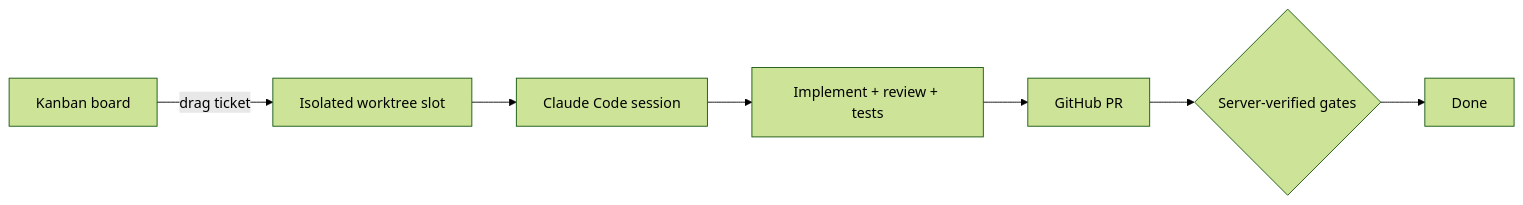
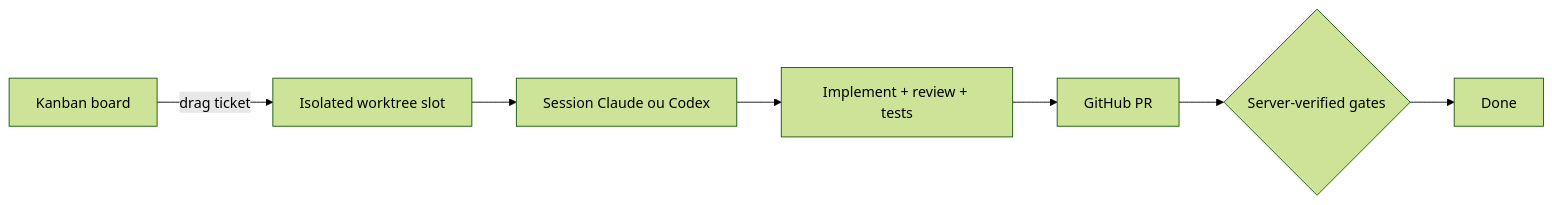
One commit to Antune-L/atelier changed the diagram in README.md. Above: the diagram before and after it, drawn with Mermaid (forest theme). The commit also changed other lines of this file and 114 other files, not shown here.

First line of the commit message:
chore(deps): mise à jour du Codex SDK (0.153.4) et de l'agent SDK Claude pour que toute l'app fonctionne

````diff
--- a/README.md
+++ b/README.md
@@ -23,9 +31,9 @@
 ```mermaid
 flowchart LR
     A[Kanban board] -->|drag ticket| B[Isolated worktree slot]
-    B --> C[Claude Code session]
+    B --> C[Session Claude ou Codex]
     C --> D[Implement + review + tests]
     D --> E[GitHub PR]
     E --> F{Server-verified gates}
     F --> G[Done]
 ```
````
